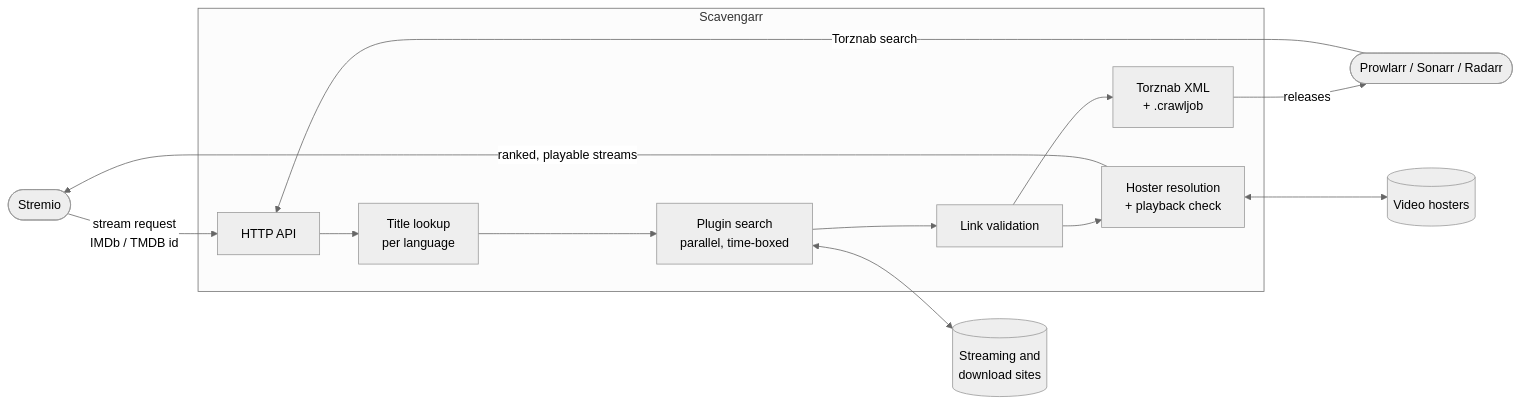
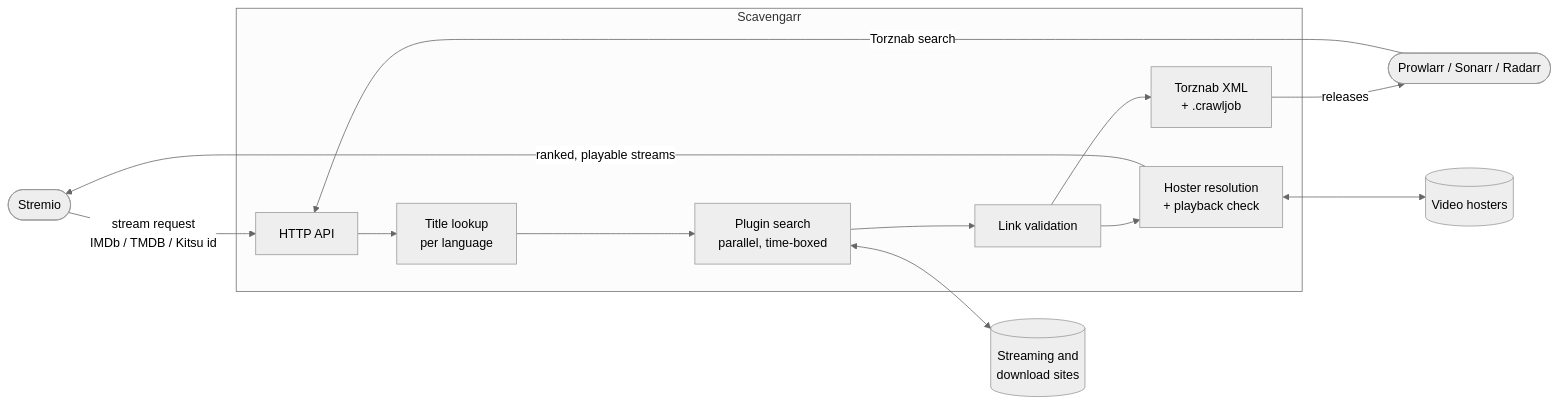
Before and after one commit to Strob0t/Scavengarr: the diagram in README.md, drawn with Mermaid (neutral theme). The commit also changed other lines of this file, not shown here.

````diff
--- a/README.md
+++ b/README.md
@@ -55,18 +55,18 @@
 ```mermaid
 flowchart LR
-    stremio([Stremio]) -- "stream request<br/>IMDb / TMDB id" --> api
+    stremio([Stremio]) -- "stream request<br/>IMDb / TMDB / Kitsu id" --> api
     arr([Prowlarr / Sonarr / Radarr]) -- "Torznab search" --> api
 
     subgraph scavengarr [Scavengarr]
         api[HTTP API] --> title[Title lookup<br/>per language]
         title --> search[Plugin search<br/>parallel, time-boxed]
         search --> validate[Link validation]
         validate --> resolve[Hoster resolution<br/>+ playback check]
         validate --> torznab[Torznab XML<br/>+ .crawljob]
     end
 
     search <--> sites[(Streaming and<br/>download sites)]
     resolve <--> hosters[(Video hosters)]
     resolve -- "ranked, playable streams" --> stremio
     torznab -- "releases" --> arr
 ```
````
